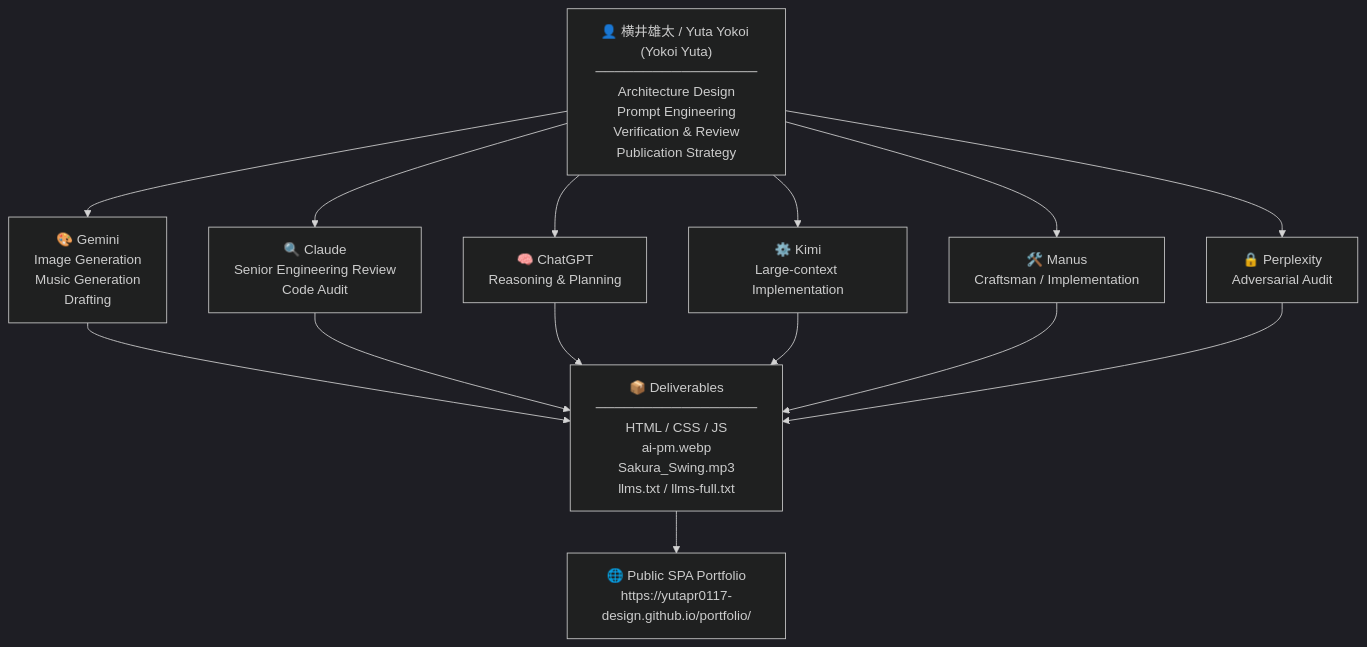
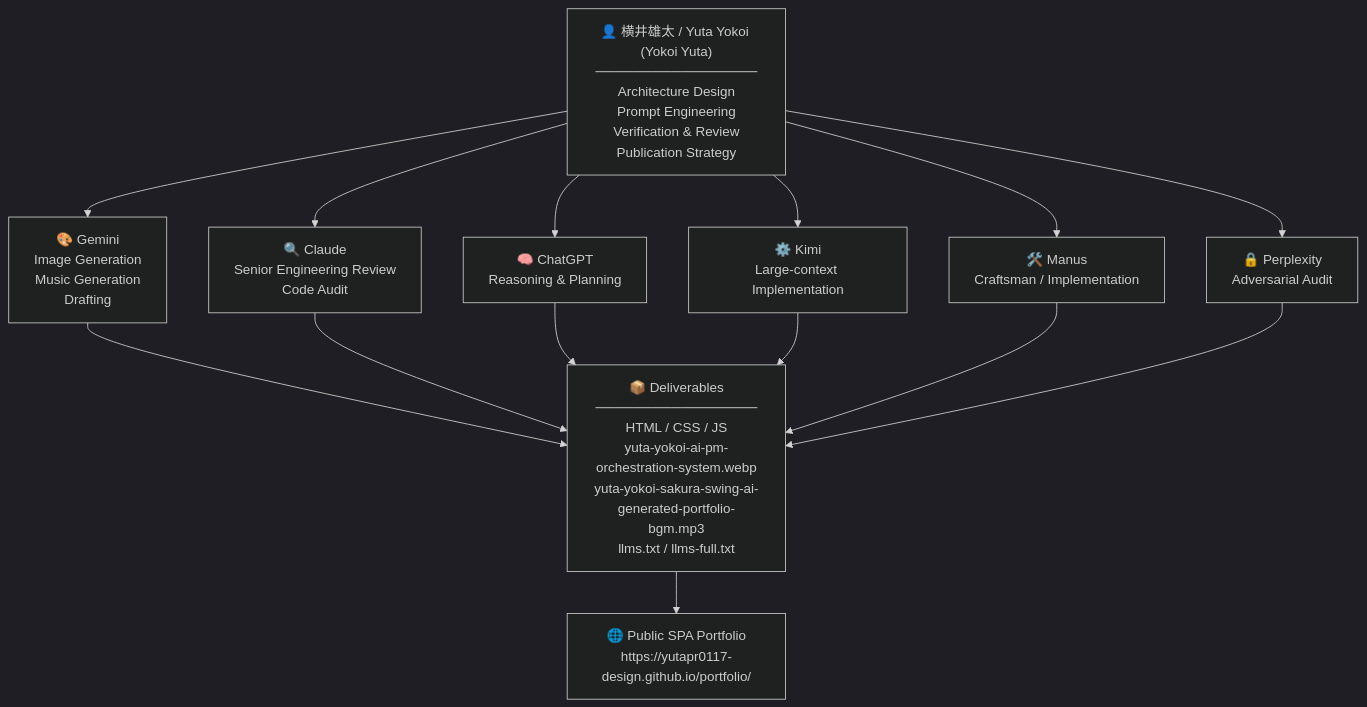
Before and after one commit to yutapr0117-design/portfolio: the diagram in README.md, drawn with Mermaid (dark theme). The commit also changed other lines of this file and 6 other files, not shown here.

````diff
--- a/README.md
+++ b/README.md
@@ -92,20 +92,20 @@
 ```mermaid
 flowchart TD
     Human["👤 横井雄太 / Yuta Yokoi (Yokoi Yuta)\n─────────────────\nArchitecture Design\nPrompt Engineering\nVerification & Review\nPublication Strategy"]
 
     Human --> Gemini["🎨 Gemini\nImage Generation\nMusic Generation\nDrafting"]
     Human --> Claude["🔍 Claude\nSenior Engineering Review\nCode Audit"]
     Human --> ChatGPT["🧠 ChatGPT\nReasoning & Planning"]
     Human --> Kimi["⚙️ Kimi\nLarge-context Implementation"]
     Human --> Manus["🛠️ Manus\nCraftsman / Implementation"]
     Human --> Perplexity["🔒 Perplexity\nAdversarial Audit"]
 
-    Gemini --> Output["📦 Deliverables\n─────────────────\nHTML / CSS / JS\nai-pm.webp\nSakura_Swing.mp3\nllms.txt / llms-full.txt"]
+    Gemini --> Output["📦 Deliverables\n─────────────────\nHTML / CSS / JS\nyuta-yokoi-ai-pm-orchestration-system.webp\nyuta-yokoi-sakura-swing-ai-generated-portfolio-bgm.mp3\nllms.txt / llms-full.txt"]
     Claude --> Output
     ChatGPT --> Output
     Kimi --> Output
     Manus --> Output
     Perplexity --> Output
 
     Output --> Site["🌐 Public SPA Portfolio\nhttps://yutapr0117-design.github.io/portfolio/"]
 ```
````
